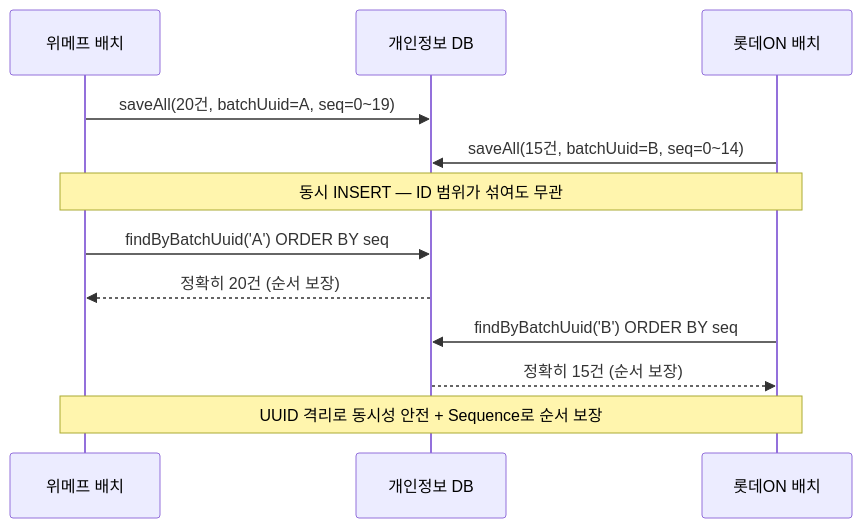
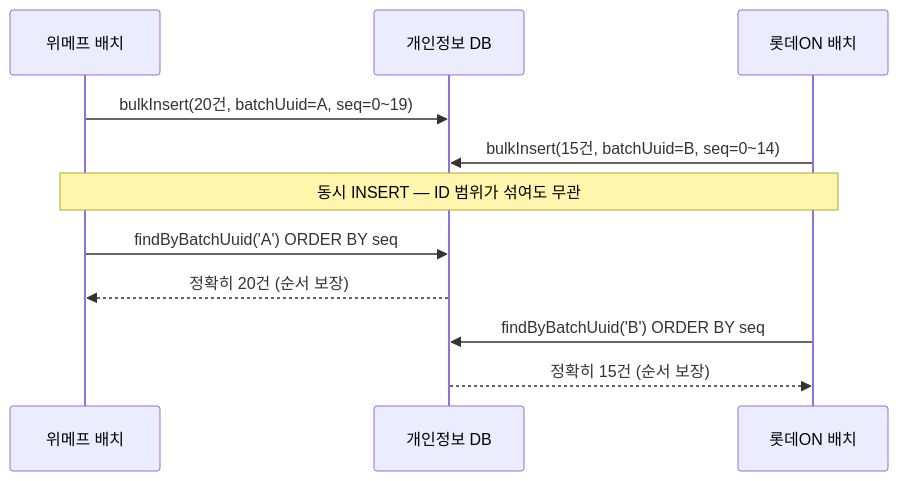
Before and after one commit to banggeunho/banggeunho: the second of 4 diagrams in projects/ecommerce-batch-optimization/index.md, drawn with Mermaid. The commit also changed other lines of this file and 3 other files, not shown here.

````diff
--- a/projects/ecommerce-batch-optimization/index.md
+++ b/projects/ecommerce-batch-optimization/index.md
@@ -577,15 +551,14 @@
 ```mermaid
 sequenceDiagram
     participant W as 위메프 배치
     participant DB as 개인정보 DB
     participant L as 롯데ON 배치
 
-    W->>DB: saveAll(20건, batchUuid=A, seq=0~19)
-    L->>DB: saveAll(15건, batchUuid=B, seq=0~14)
+    W->>DB: bulkInsert(20건, batchUuid=A, seq=0~19)
+    L->>DB: bulkInsert(15건, batchUuid=B, seq=0~14)
     Note over W,L: 동시 INSERT — ID 범위가 섞여도 무관
     W->>DB: findByBatchUuid('A') ORDER BY seq
     DB-->>W: 정확히 20건 (순서 보장)
     L->>DB: findByBatchUuid('B') ORDER BY seq
     DB-->>L: 정확히 15건 (순서 보장)
-    Note over W,L: UUID 격리로 동시성 안전 + Sequence로 순서 보장
 ```
````
